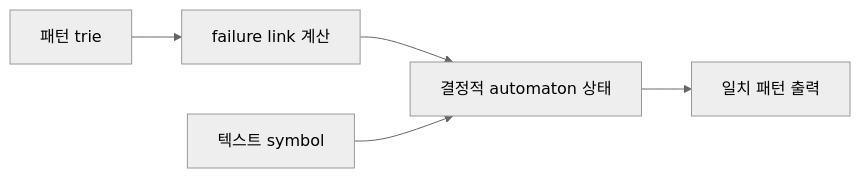
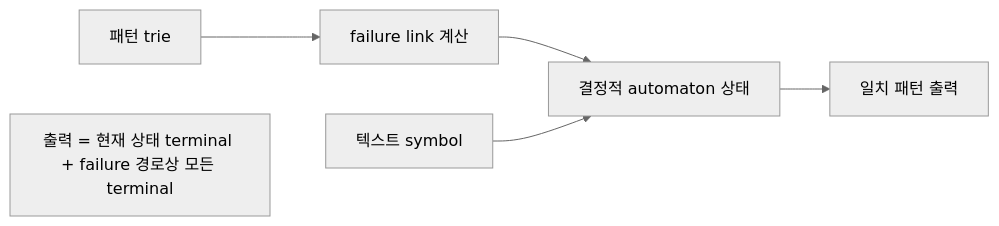
Before and after one commit to Rein-ArXiv/game-dev-curriculum: the second of 2 diagrams in algorithms/part04_dictionary_string.md, drawn with Mermaid (neutral theme). The commit also changed other lines of this file and 279 other files, not shown here.

````diff
--- a/algorithms/part04_dictionary_string.md
+++ b/algorithms/part04_dictionary_string.md
@@ -343,7 +347,8 @@
 ```mermaid
 flowchart LR
     T[패턴 trie] --> F[failure link 계산]
     F --> A[결정적 automaton 상태]
     X[텍스트 symbol] --> A
     A --> O[일치 패턴 출력]
+    N["출력 = 현재 상태 terminal + failure 경로상 모든 terminal"]
 ```
````
